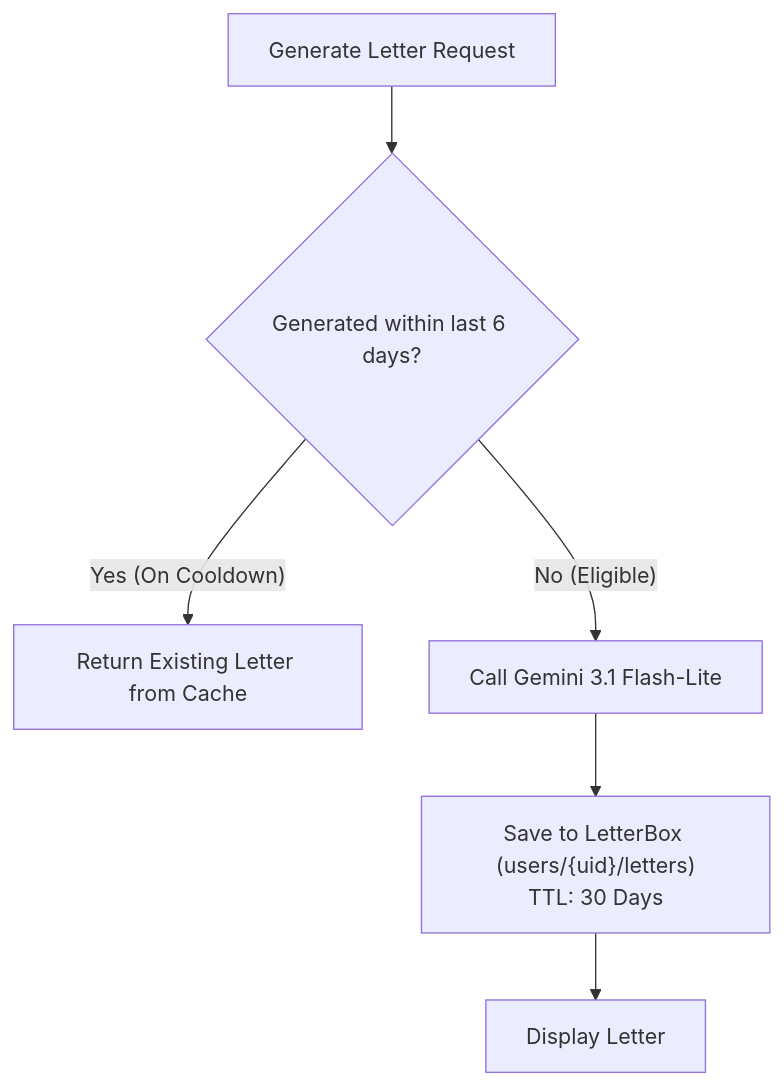
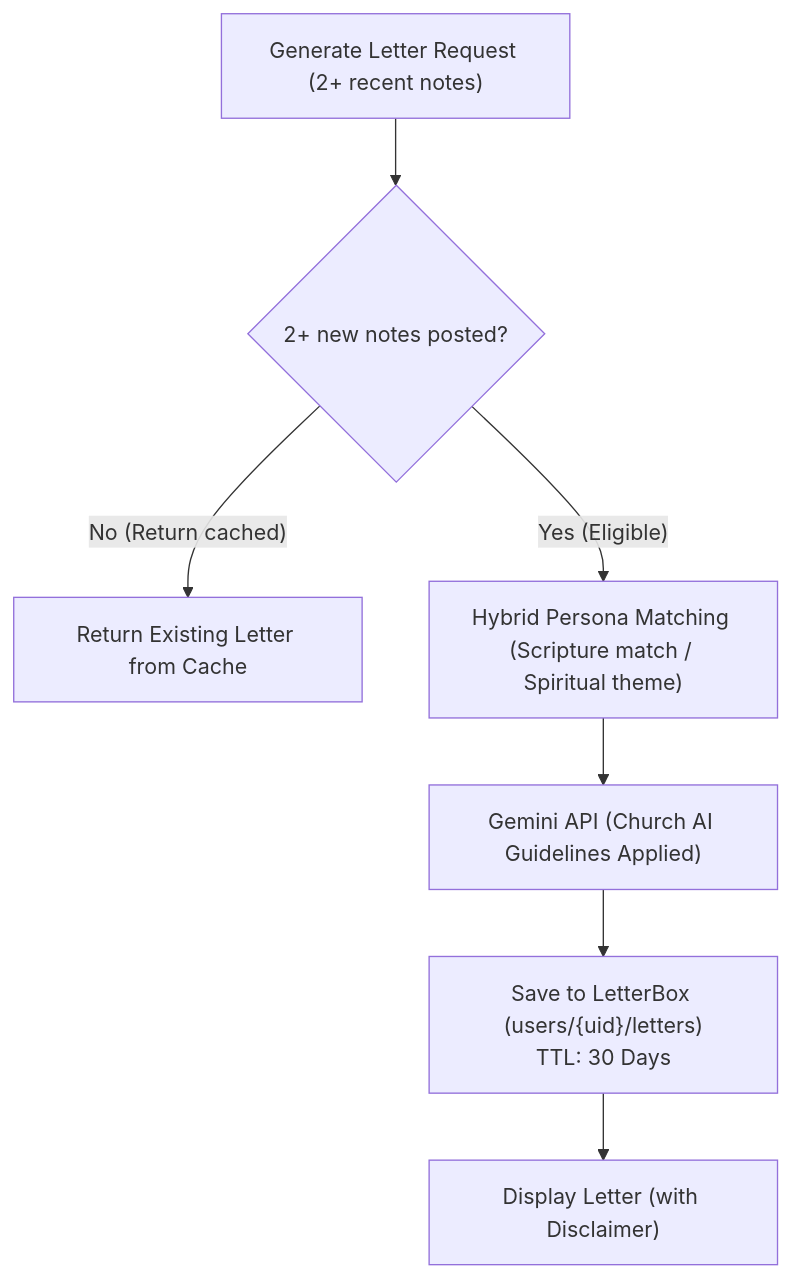
The diagram in docs/feature-ai-integration.md (ScriptureHabit/scripture-habit), drawn with Mermaid before and after one commit. The commit also changed other lines of this file and 33 other files, not shown here.

Commit message:
feat(ai): implement church guidelines for reflection letters and refine docs

````diff
--- a/docs/feature-ai-integration.md
+++ b/docs/feature-ai-integration.md
@@ -41,8 +41,9 @@
 ```mermaid
 flowchart TD
-    Request["Generate Letter Request"] --> CheckCooldown{"Generated within last 6 days?"}
-    CheckCooldown -- "Yes (On Cooldown)" --> ReturnCache["Return Existing Letter from Cache"]
-    CheckCooldown -- "No (Eligible)" --> CallGemini["Call Gemini 3.1 Flash-Lite"]
+    Request["Generate Letter Request (2+ recent notes)"] --> CheckCooldown{"2+ new notes posted?"}
+    CheckCooldown -- "No (Return cached)" --> ReturnCache["Return Existing Letter from Cache"]
+    CheckCooldown -- "Yes (Eligible)" --> PersonaMatch["Hybrid Persona Matching (Scripture match / Spiritual theme)"]
+    PersonaMatch --> CallGemini["Gemini API (Church AI Guidelines Applied)"]
     CallGemini --> SaveDB["Save to LetterBox (users/{uid}/letters)<br/>TTL: 30 Days"]
-    SaveDB --> Deliver["Display Letter"]
+    SaveDB --> Deliver["Display Letter (with Disclaimer)"]
 ```
````
